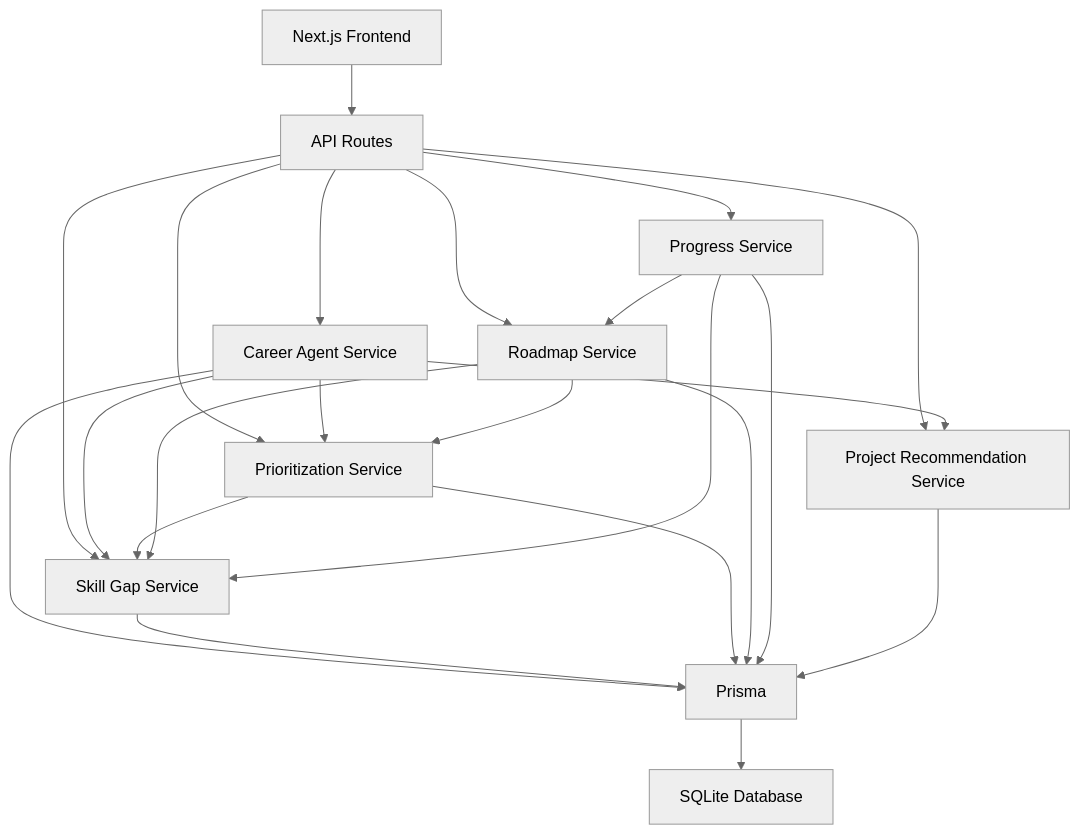
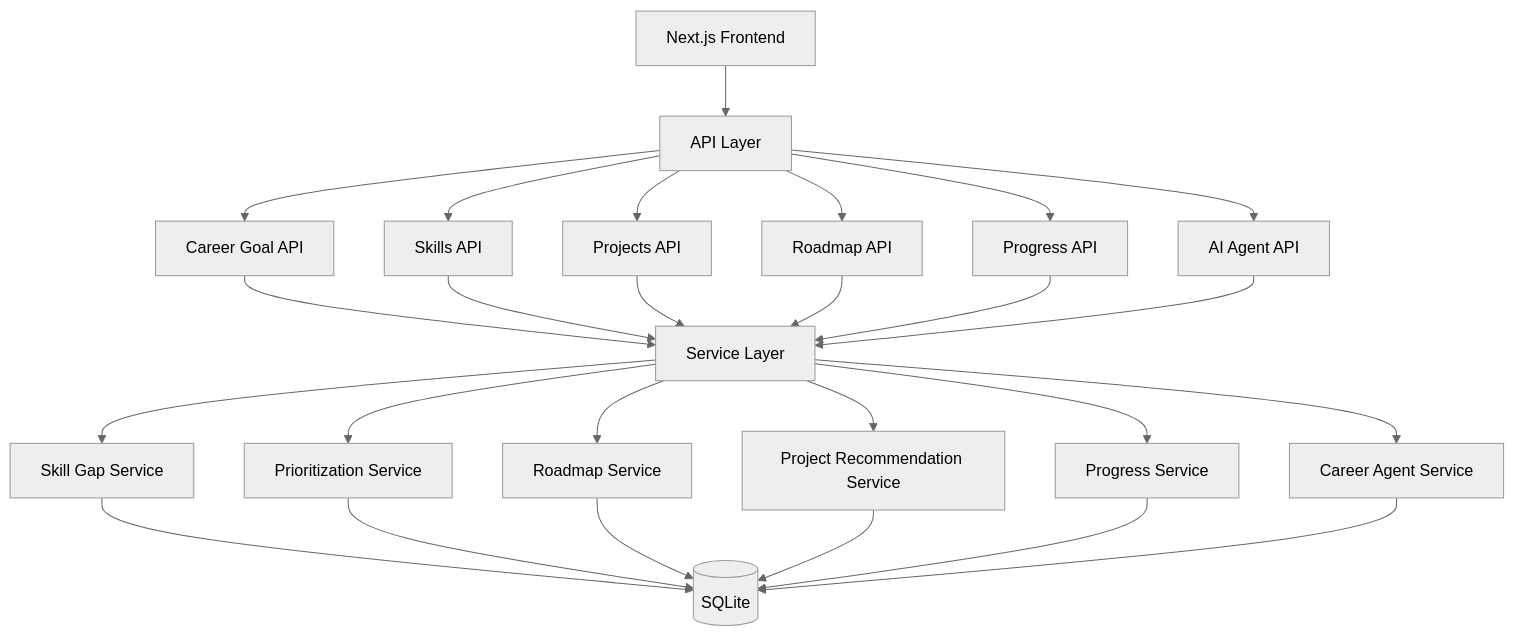
One commit to itsdivyanshuno/gaply-bnb-2026 changed the sixth of 7 diagrams in README.md. Above: the diagram before and after it, drawn with Mermaid (neutral theme). The commit also changed other lines of this file, not shown here.

````diff
--- a/README.md
+++ b/README.md
@@ -339,30 +352,32 @@
 ```mermaid
 flowchart TD
-    A["Next.js Frontend"] --> B["API Routes"]
+    A[Next.js Frontend] --> B[API Layer]
 
-    B --> C["Career Agent Service"]
-    B --> D["Skill Gap Service"]
-    B --> E["Prioritization Service"]
-    B --> F["Roadmap Service"]
-    B --> G["Progress Service"]
-    B --> H["Project Recommendation Service"]
+    B --> C[Career Goal API]
+    B --> D[Skills API]
+    B --> E[Projects API]
+    B --> F[Roadmap API]
+    B --> G[Progress API]
+    B --> H[AI Agent API]
 
-    C --> D
-    C --> E
-    C --> H
-
-    E --> D
-    F --> D
-    F --> E
-    G --> D
-    G --> F
-
-    C --> I["Prisma"]
+    C --> I[Service Layer]
     D --> I
     E --> I
     F --> I
     G --> I
     H --> I
 
-    I --> J["SQLite Database"]
+    I --> J[Skill Gap Service]
+    I --> K[Prioritization Service]
+    I --> L[Roadmap Service]
+    I --> M[Project Recommendation Service]
+    I --> N[Progress Service]
+    I --> O[Career Agent Service]
+
+    J --> P[(SQLite)]
+    K --> P
+    L --> P
+    M --> P
+    N --> P
+    O --> P
 ```
````
